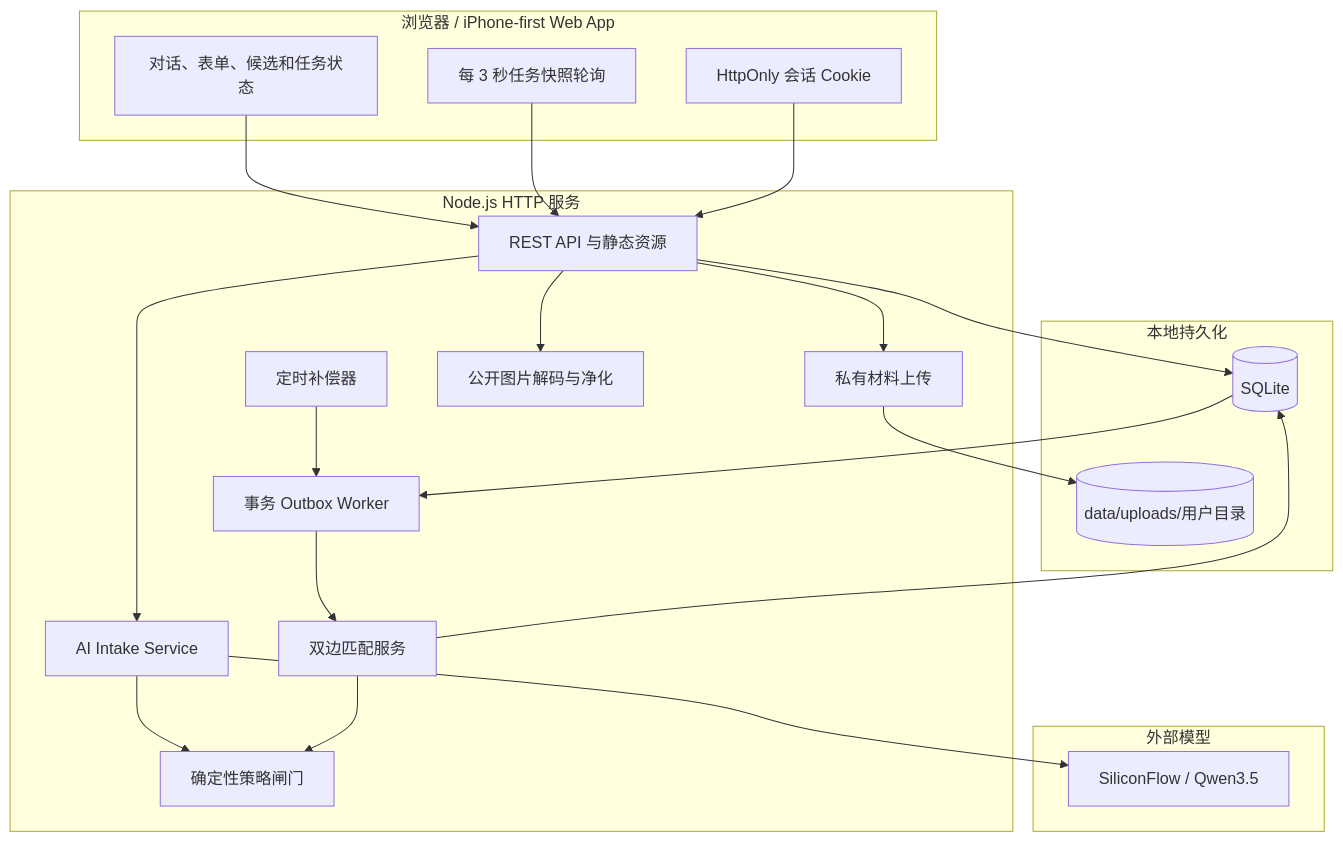
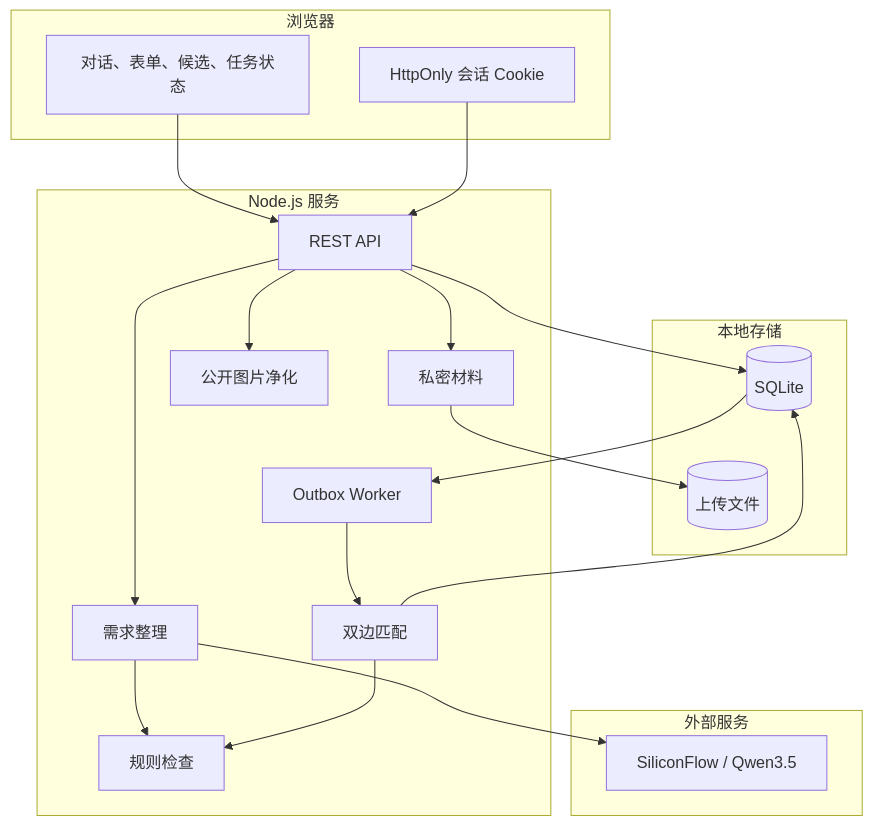
Before and after one commit to tank798/AI-native-rental-platform: the second of 2 diagrams in README.md, drawn with Mermaid. The commit also changed other lines of this file and 12 other files, not shown here.

````diff
--- a/README.md
+++ b/README.md
@@ -247,44 +143,40 @@
 ```mermaid
 flowchart TB
-    subgraph Browser[浏览器 / iPhone-first Web App]
-        UI[对话、表单、候选和任务状态]
-        Poll[每 3 秒任务快照轮询]
+    subgraph Browser[浏览器]
+        UI[对话、表单、候选、任务状态]
         Session[HttpOnly 会话 Cookie]
     end
 
-    subgraph Server[Node.js HTTP 服务]
-        API[REST API 与静态资源]
-        Intake[AI Intake Service]
-        Policy[确定性策略闸门]
-        Match[双边匹配服务]
-        Worker[事务 Outbox Worker]
-        Scheduler[定时补偿器]
-        Upload[私有材料上传]
-        Media[公开图片解码与净化]
+    subgraph Server[Node.js 服务]
+        API[REST API]
+        Intake[需求整理]
+        Policy[规则检查]
+        Worker[Outbox Worker]
+        Match[双边匹配]
+        Upload[私密材料]
+        Media[公开图片净化]
     end
 
-    subgraph Provider[外部模型]
+    subgraph External[外部服务]
         Qwen[SiliconFlow / Qwen3.5]
     end
 
-    subgraph Storage[本地持久化]
+    subgraph Storage[本地存储]
         SQLite[(SQLite)]
-        Files[(data/uploads/用户目录)]
+        Files[(上传文件)]
     end
 
     UI --> API
-    Poll --> API
     Session --> API
     API --> Intake
     Intake --> Qwen
     Intake --> Policy
     API --> Upload
     API --> Media
     API --> SQLite
     SQLite --> Worker
     Worker --> Match
-    Scheduler --> Worker
     Match --> Policy
     Match --> SQLite
     Upload --> Files
 ```
````
